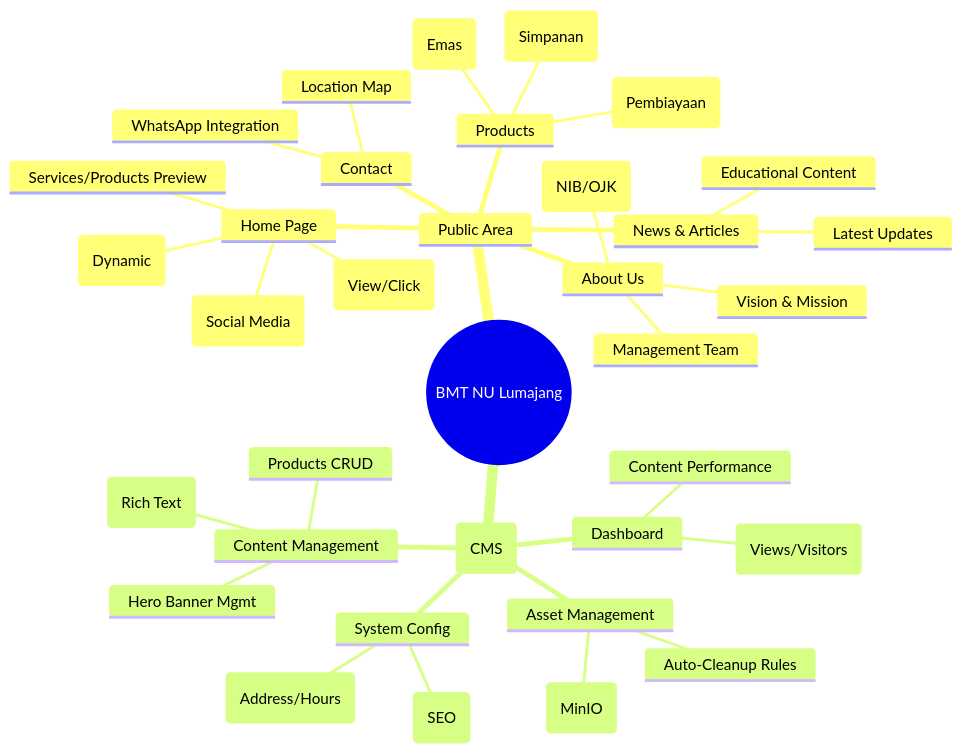
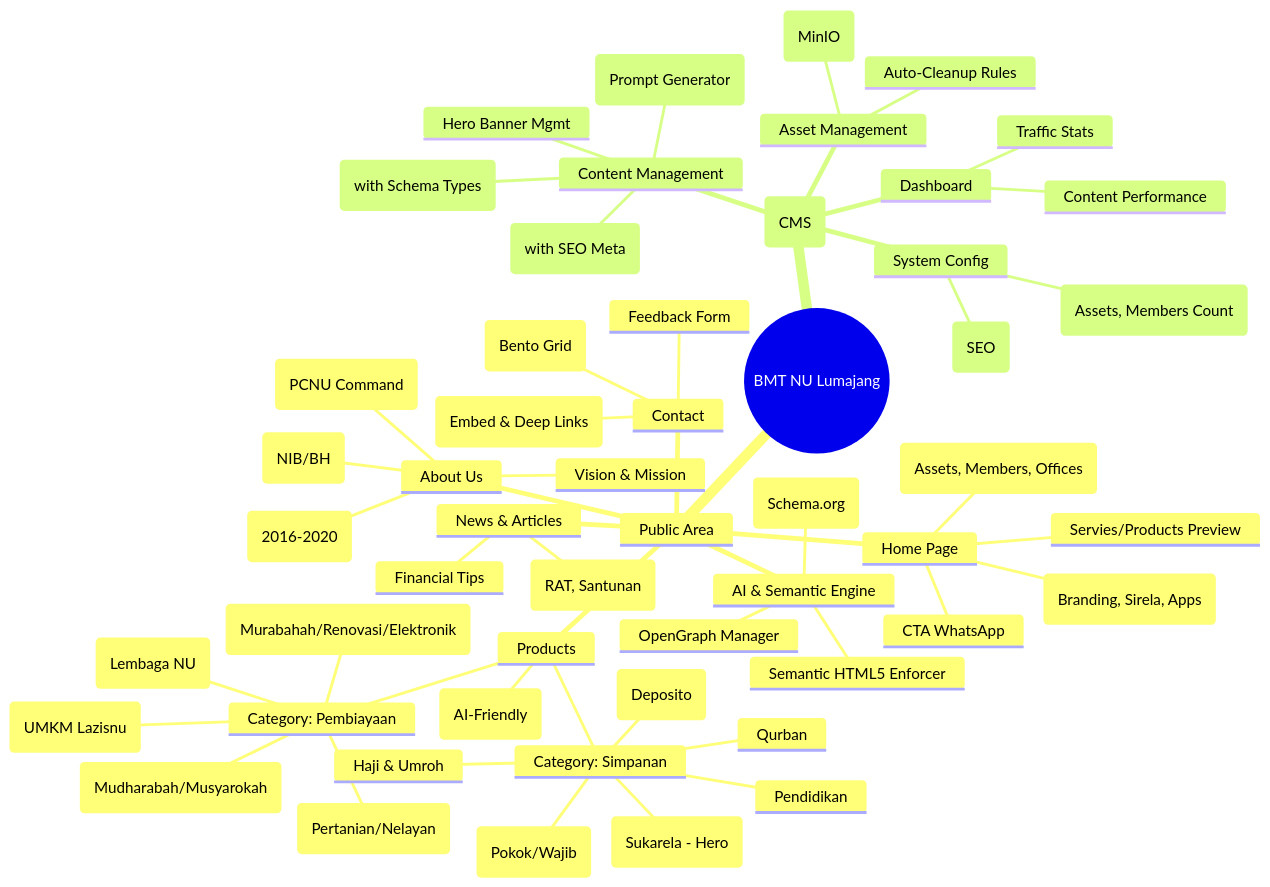
The first of 3 diagrams in docs/01_ARCHITECTURE_BLUEPRINT.md (AbdurRouf05/sid-desa), drawn with Mermaid before and after one commit. The commit also changed other lines of this file and 122 other files, not shown here.

````diff
--- a/docs/01_ARCHITECTURE_BLUEPRINT.md
+++ b/docs/01_ARCHITECTURE_BLUEPRINT.md
@@ -13,38 +13,56 @@
 ```mermaid
 mindmap
   root((BMT NU Lumajang))
     Public Area
       Home Page
-        Hero Section (Dynamic)
-        Bento Grid (Social Media)
-        Services/Products Preview
-        Analytics Tracking (View/Click)
+        Hero Slider (Branding, Sirela, Apps)
+        Stats Widget (Assets, Members, Offices)
+        Servies/Products Preview
+        CTA WhatsApp
       Products
-        Savings (Simpanan)
-        Financing (Pembiayaan)
-        Gold (Emas)
+        Category: Simpanan
+          Anggota (Pokok/Wajib)
+          Sirela (Sukarela - Hero)
+          Haji & Umroh
+          Qurban
+          Pendidikan
+          Berjangka (Deposito)
+        Category: Pembiayaan
+          Produktif (Mudharabah/Musyarokah)
+          Konsumtif (Murabahah/Renovasi/Elektronik)
+          Musiman (Pertanian/Nelayan)
+          KUN (UMKM Lazisnu)
+          KUNU (Lembaga NU)
+        Smart Search (AI-Friendly)
       News & Articles
-        Latest Updates
-        Educational Content
+        Latest Updates (RAT, Santunan)
+        Financial Tips
       About Us
+        History (2016-2020)
         Vision & Mission
-        Management Team
-        Legal (NIB/OJK)
+        Management (PCNU Command)
+        Legal Data (NIB/BH)
       Contact
-        WhatsApp Integration
-        Location Map
+        Map (Embed & Deep Links)
+        List of 16 Branches (Bento Grid)
+        Feedback Form
+      AI & Semantic Engine
+        JSON-LD Generator (Schema.org)
+        Semantic HTML5 Enforcer
+        OpenGraph Manager
     Admin Area (CMS)
       Dashboard
-        Traffic Stats (Views/Visitors)
+        Traffic Stats
         Content Performance
       Content Management
-        News CRUD (Rich Text)
-        Products CRUD
+        News CRUD (with SEO Meta)
+        AI SEO Assistant (Prompt Generator)
+        Products CRUD (with Schema Types)
         Hero Banner Mgmt
       Asset Management
         Media Library (MinIO)
         Auto-Cleanup Rules
       System Config
         Meta Tags (SEO)
-        Footer Info (Address/Hours)
+        Company Info (Assets, Members Count)
 ```
````
